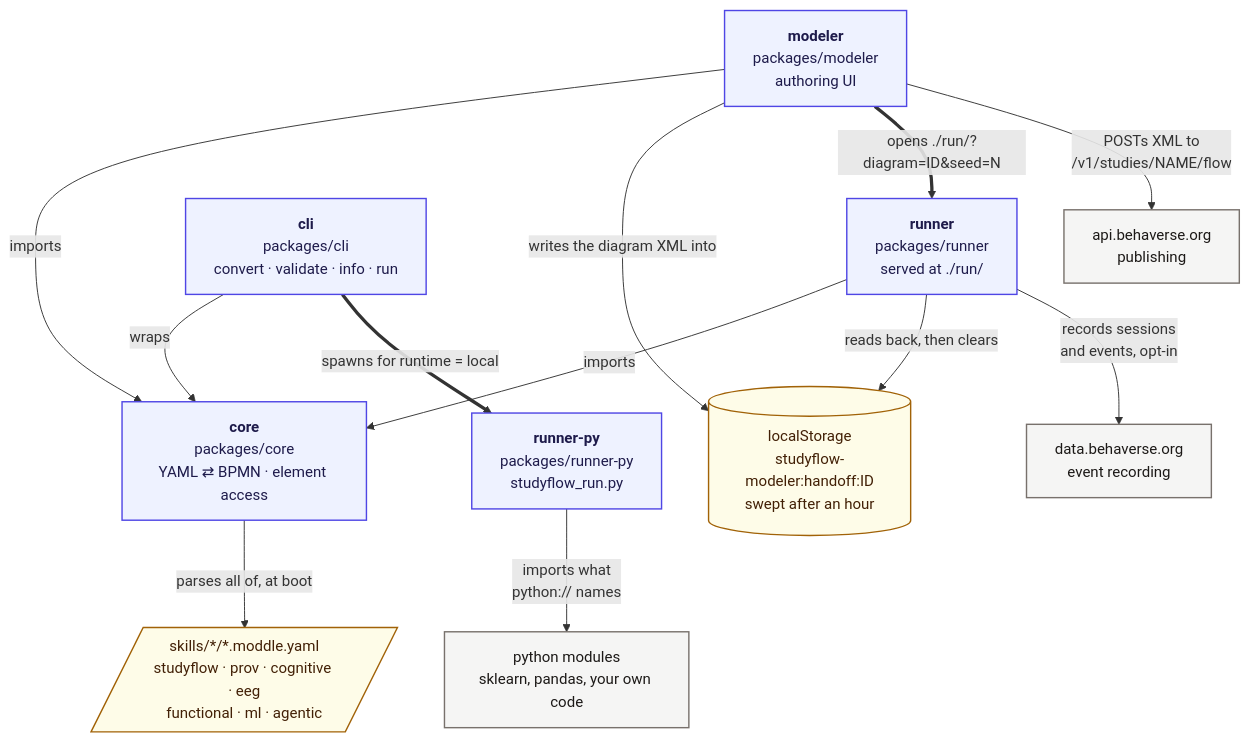
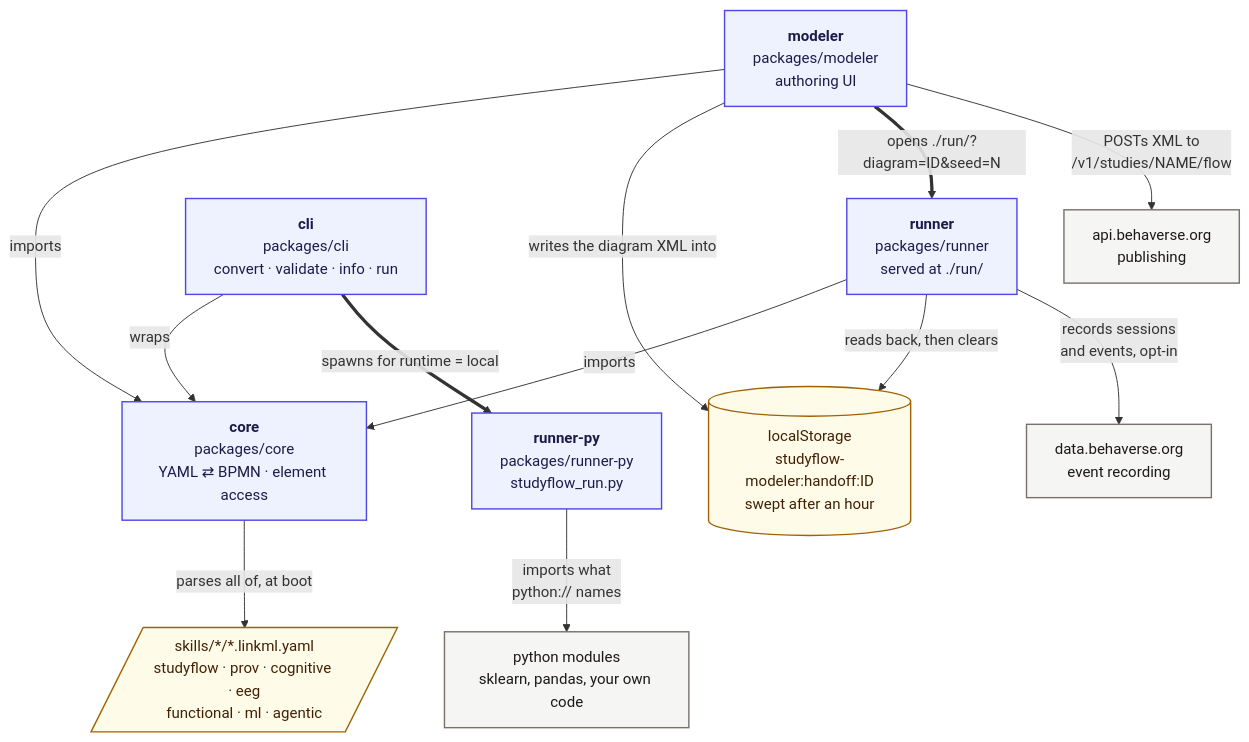
Before and after one commit to behaverse/studyflow-modeler: the diagram in docs/assets/img/diagrams/architecture.mmd, drawn with Mermaid. The commit also changed 56 other files, not shown here.

```diff
--- a/docs/assets/img/diagrams/architecture.mmd
+++ b/docs/assets/img/diagrams/architecture.mmd
@@ -1,45 +1,45 @@
 %% Regenerate: npx -y @mermaid-js/mermaid-cli -i architecture.mmd -o architecture.svg -c mermaid.config.json -b transparent
 %% The config keeps labels as plain SVG text (no foreignObject), so the .svg survives being embedded as an image.
 flowchart TB
 
   MODELER["`**modeler**
   packages/modeler
   authoring UI`"]
   BROWSER["`**runner**
   packages/runner
   served at ./run/`"]
   HANDOFF[("localStorage<br/>studyflow-modeler:handoff:ID<br/>swept after an hour")]
   CORE["`**core**
   packages/core
   YAML ⇄ BPMN · element access`"]
-  SCHEMAS[/"skills/*/*.moddle.yaml<br/>studyflow · prov · cognitive · eeg<br/>functional · ml · agentic"/]
+  SCHEMAS[/"skills/*/*.linkml.yaml<br/>studyflow · prov · cognitive · eeg<br/>functional · ml · agentic"/]
   CLI["`**cli**
   packages/cli
   convert · validate · info · run`"]
   PY["`**runner-py**
   packages/runner-py
   studyflow_run.py`"]
   IMPL["python modules<br/>sklearn, pandas, your own code"]
   API["api.behaverse.org<br/>publishing"]
   DATA["data.behaverse.org<br/>event recording"]
 
   MODELER -->|"imports"| CORE
   BROWSER -->|"imports"| CORE
   CLI -->|"wraps"| CORE
   CORE -->|"parses all of, at boot"| SCHEMAS
 
   MODELER -->|"writes the diagram XML into"| HANDOFF
   MODELER ==>|"opens ./run/?diagram=ID&seed=N"| BROWSER
   BROWSER -->|"reads back, then clears"| HANDOFF
   MODELER -->|"POSTs XML to<br/>/v1/studies/NAME/flow"| API
   BROWSER -->|"records sessions<br/>and events, opt-in"| DATA
 
   CLI ==>|"spawns for runtime = local"| PY
   PY -->|"imports what<br/>python:// names"| IMPL
 
   classDef pkg fill:#eef2ff,stroke:#4f46e5,stroke-width:1.5px,color:#1e1b4b
   classDef ext fill:#f5f5f4,stroke:#78716c,stroke-width:1.5px,color:#1c1917
   classDef res fill:#fefce8,stroke:#a16207,stroke-width:1.5px,color:#422006
   class MODELER,BROWSER,CORE,CLI,PY pkg
   class API,DATA,IMPL ext
   class SCHEMAS,HANDOFF res
```
